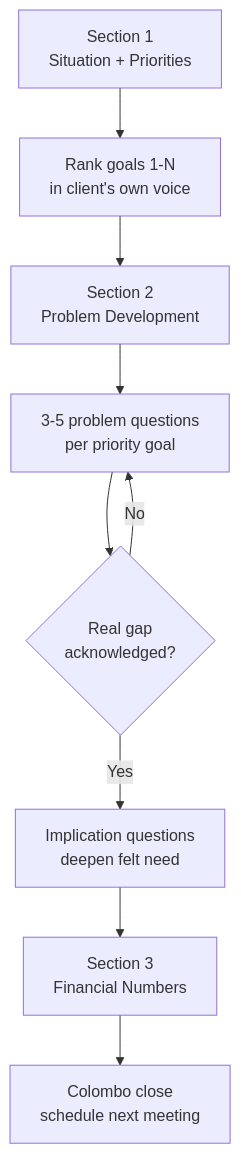
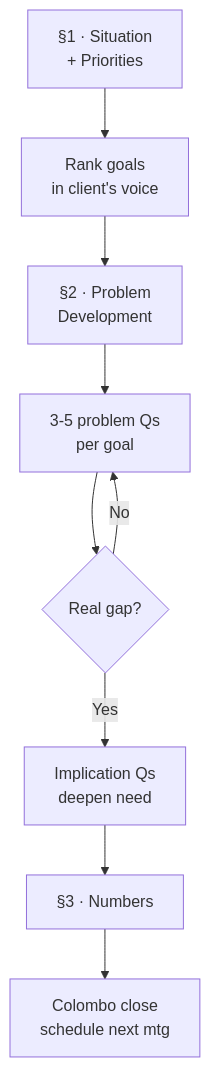
The first of 2 diagrams in docs/first-60-days/week-9/day-50.md (leotansingapore/aia-product-compass-hub), drawn with Mermaid before and after one commit. The commit also changed 6 other files, not shown here.

Commit message:
Day 25, 37, 39, 44, 45, 50, 55 charts now flow horizontally with trimmed labels — taller TD chains and over-decorated nodes simplified

````diff
--- a/docs/first-60-days/week-9/day-50.md
+++ b/docs/first-60-days/week-9/day-50.md
@@ -70,11 +70,10 @@
 ```mermaid
 flowchart TD
-    A["Section 1<br/>Situation + Priorities"] --> B["Rank goals 1-N<br/>in client's own voice"]
-    B --> C["Section 2<br/>Problem Development"]
-    C --> D["3-5 problem questions<br/>per priority goal"]
-    D --> E{"Real gap<br/>acknowledged?"}
+    A["§1 · Situation<br/>+ Priorities"] --> B["Rank goals<br/>in client's voice"]
+    B --> C["§2 · Problem<br/>Development"]
+    C --> D["3-5 problem Qs<br/>per goal"]
+    D --> E{"Real gap?"}
     E -- No --> D
-    E -- Yes --> F["Implication questions<br/>deepen felt need"]
-    F --> G["Section 3<br/>Financial Numbers"]
-    G --> H["Colombo close<br/>schedule next meeting"]
+    E -- Yes --> F["Implication Qs<br/>deepen need"]
+    F --> G["§3 · Numbers"] --> H["Colombo close<br/>schedule next mtg"]
 ```
````
